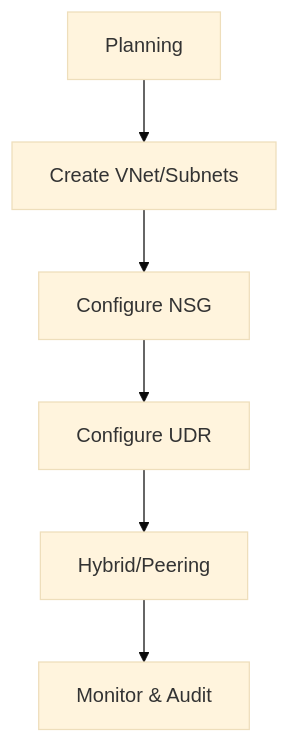
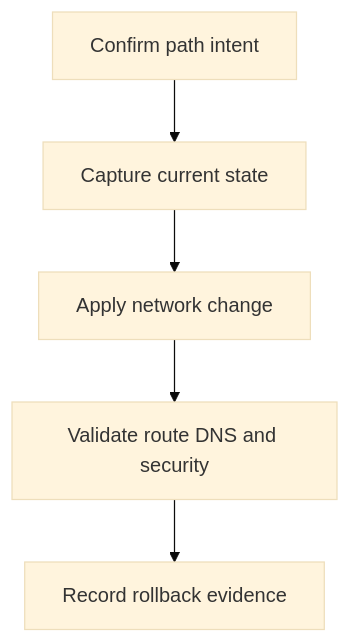
The diagram in docs/operations/index.md (yeongseon/azure-networking-practical-guide), drawn with Mermaid (base theme) before and after one commit. The commit also changed other lines of this file and 80 other files, not shown here.

````diff
--- a/docs/operations/index.md
+++ b/docs/operations/index.md
@@ -31,8 +43,7 @@
 ```mermaid
-graph TD
-    Start[Planning] --> VNet[Create VNet/Subnets]
-    VNet --> Security[Configure NSG]
-    Security --> Routing[Configure UDR]
-    Routing --> Connectivity[Hybrid/Peering]
-    Connectivity --> Monitoring[Monitor & Audit]
+flowchart TD
+    A[Confirm path intent] --> B[Capture current state]
+    B --> C[Apply network change]
+    C --> D[Validate route DNS and security]
+    D --> E[Record rollback evidence]
 ```
````
